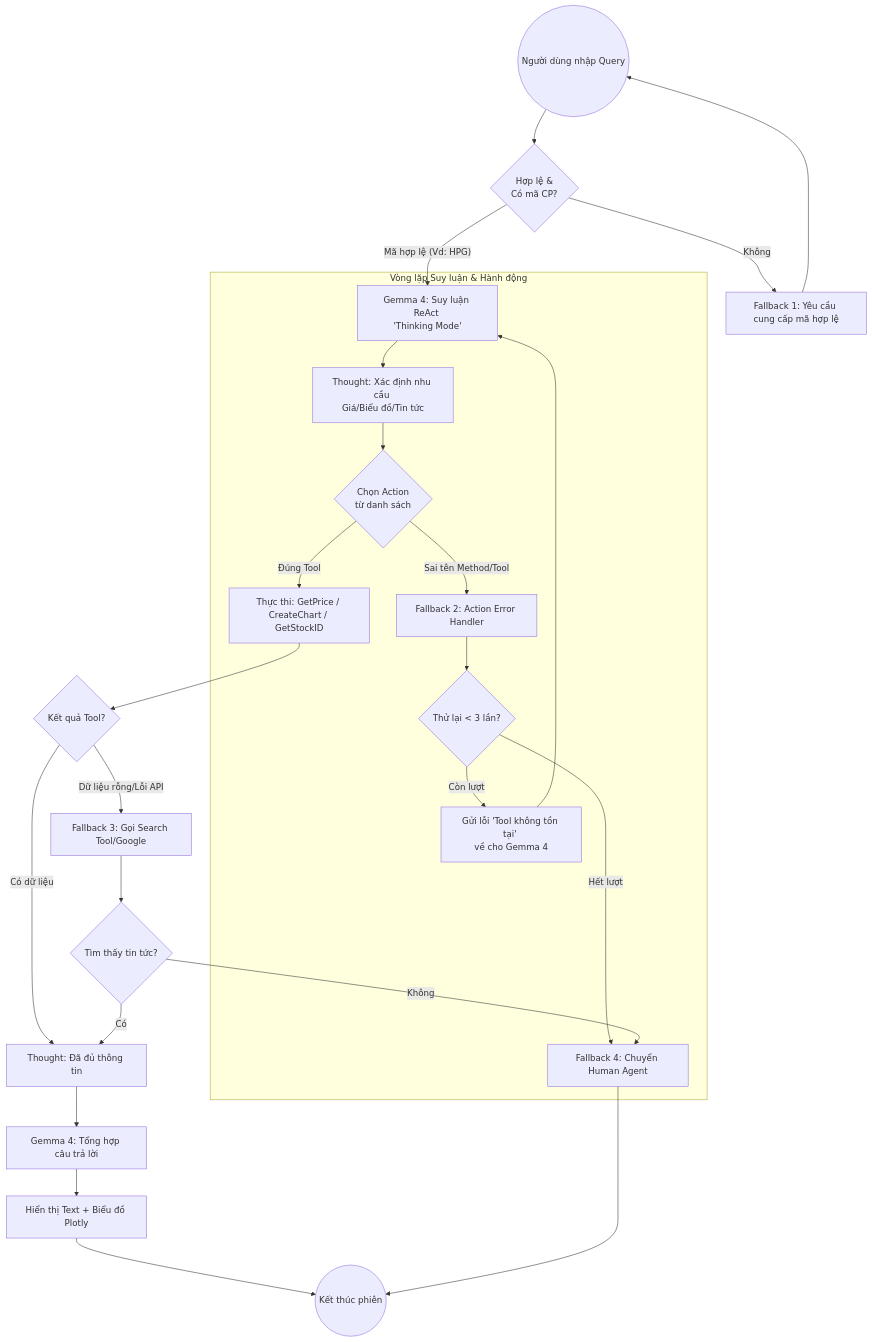
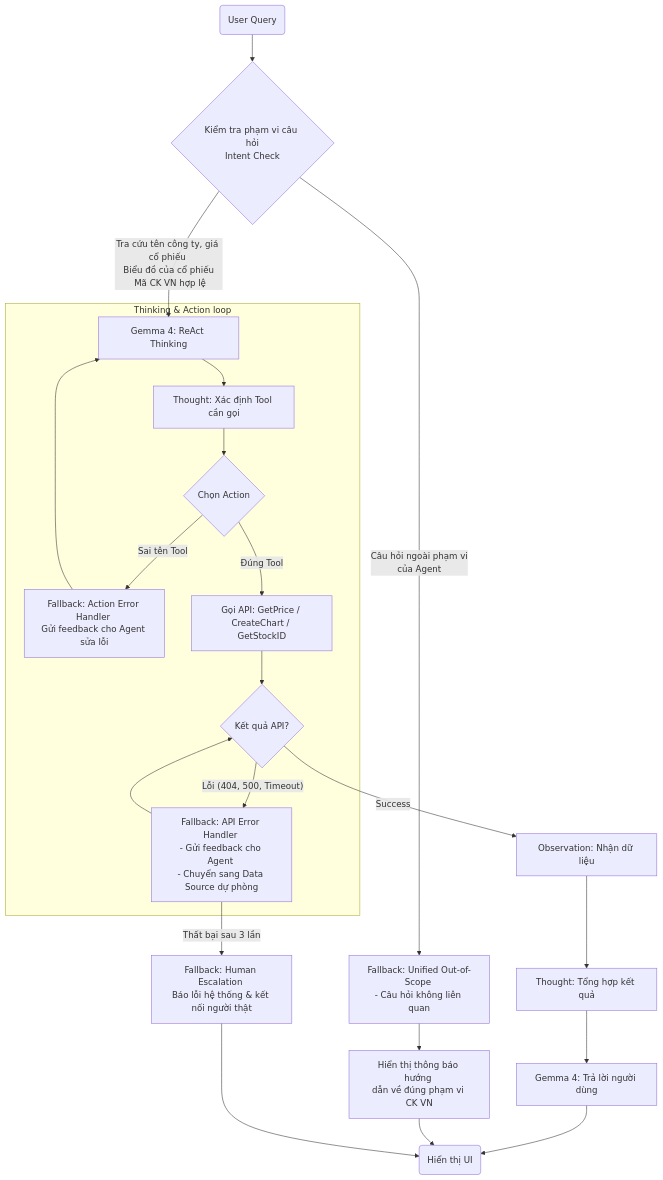
One commit to nyclone569/day03_E402_group_5b changed the diagram in README.md. Above: the diagram before and after it, drawn with Mermaid.

Commit message:
update flowchart v2

````diff
--- a/README.md
+++ b/README.md
@@ -17,42 +17,39 @@
 ```mermaid
 graph TD
-    %% Khởi đầu và Kiểm soát đầu vào
-    Start((Người dùng nhập Query)) --> InputCheck{Hợp lệ & <br/>Có mã CP?}
-    InputCheck -- Không --> Clarify[Fallback 1: Yêu cầu cung cấp mã hợp lệ]
-    Clarify --> Start
+    %% Khởi đầu
+    Start(User Query) --> Guardrail{Kiểm tra phạm vi câu hỏi<br/>Intent Check}
+
+    %% Tầng 1: Unified Fallback cho các trường hợp Out-of-Scope
+    Guardrail -- "Câu hỏi ngoài phạm vi<br/>của Agent" --> UnifiedFallback[Fallback: Unified Out-of-Scope <br/>- Câu hỏi không liên quan]
+    UnifiedFallback --> UI_Msg[Hiển thị thông báo hướng <br/>dẫn về đúng phạm vi CK VN]
+
+    %% Tầng 2: Luồng chính (In-Scope)
+    Guardrail -- "Tra cứu tên công ty, giá cổ phiếu <br> Biểu đồ của cổ phiếu <br/> Mã CK VN hợp lệ" --> AgentBrain[Gemma 4: ReAct Thinking]
     
-    %% Khối xử lý chính của Gemma 4 (ReAct)
-    InputCheck -- Mã hợp lệ (Vd: HPG) --> AgentBrain[Gemma 4: Suy luận ReAct <br/>'Thinking Mode']
-    
-    subgraph ReAct_Core [Vòng lặp Suy luận & Hành động]
-        AgentBrain --> Thought[Thought: Xác định nhu cầu <br/>Giá/Biểu đồ/Tin tức]
-        Thought --> ActionSelection{Chọn Action <br/>từ danh sách}
+    subgraph ReAct_Core [Thinking & Action loop]
+        AgentBrain --> Thought[Thought: Xác định Tool cần gọi]
+        Thought --> ActionSelection{Chọn Action}
         
-        %% Luồng Fallback cho Action (Invalid Tool)
-        ActionSelection -- Sai tên Method/Tool --> ActionError[Fallback 2: Action Error Handler]
-        ActionError --> RetryLimit{Thử lại < 3 lần?}
-        RetryLimit -- Còn lượt --> Feedback[Gửi lỗi 'Tool không tồn tại' <br/>về cho Gemma 4]
-        Feedback --> AgentBrain
-        RetryLimit -- Hết lượt --> HumanEsc[Fallback 4: Chuyển Human Agent]
+        %% Fallback cho Action Name
+        ActionSelection -- "Sai tên Tool" --> ActionErr[Fallback: Action Error Handler <br/>Gửi feedback cho Agent sửa lỗi]
+        ActionErr --> AgentBrain
         
-        %% Luồng Action đúng
-        ActionSelection -- Đúng Tool --> Execute[Thực thi: GetPrice / <br/>CreateChart / GetStockID]
+        %% Thực thi Tool & Xử lý lỗi API
+        ActionSelection -- "Đúng Tool" --> Execute[Gọi API: GetPrice / <br/>CreateChart / GetStockID]
+        Execute --> APICheck{Kết quả API?}
+        
+        APICheck -- "Lỗi (404, 500, Timeout)" --> APIFallback[Fallback: API Error Handler <br/>- Gửi feedback cho Agent <br/>- Chuyển sang Data Source dự phòng]
+        APIFallback --> APICheck
     end
 
-    %% Kiểm tra kết quả từ Tool (Observation)
-    Execute --> Observation{Kết quả Tool?}
+    %% Tầng 3: Observation & Output
+    APICheck -- "Success" --> Observation[Observation: Nhận dữ liệu]
+    Observation --> FinalThought[Thought: Tổng hợp kết quả]
+    FinalThought --> FinalAnswer[Gemma 4: Trả lời người dùng]
+
+    %% Tầng 4: Phao cứu sinh cuối (Human Escalation)
+    APIFallback -- "Thất bại sau 3 lần" --> HumanEsc[Fallback: Human Escalation <br/>Báo lỗi hệ thống & kết nối người thật]
     
-    %% Luồng xử lý kết quả Tool
-    Observation -- Có dữ liệu --> FinalThought[Thought: Đã đủ thông tin]
-    Observation -- Dữ liệu rỗng/Lỗi API --> SearchFallback[Fallback 3: Gọi Search Tool/Google]
-    
-    SearchFallback --> SearchResult{Tìm thấy tin tức?}
-    SearchResult -- Có --> FinalThought
-    SearchResult -- Không --> HumanEsc
-    
-    %% Đầu ra và Hiển thị
-    FinalThought --> FinalAnswer[Gemma 4: Tổng hợp câu trả lời]
-    FinalAnswer --> UI[Hiển thị Text + Biểu đồ Plotly]
-    
-    UI & HumanEsc --> End((Kết thúc phiên))
+    %% Kết thúc
+    FinalAnswer & UI_Msg & HumanEsc --> End(Hiển thị UI)
 ```
````
